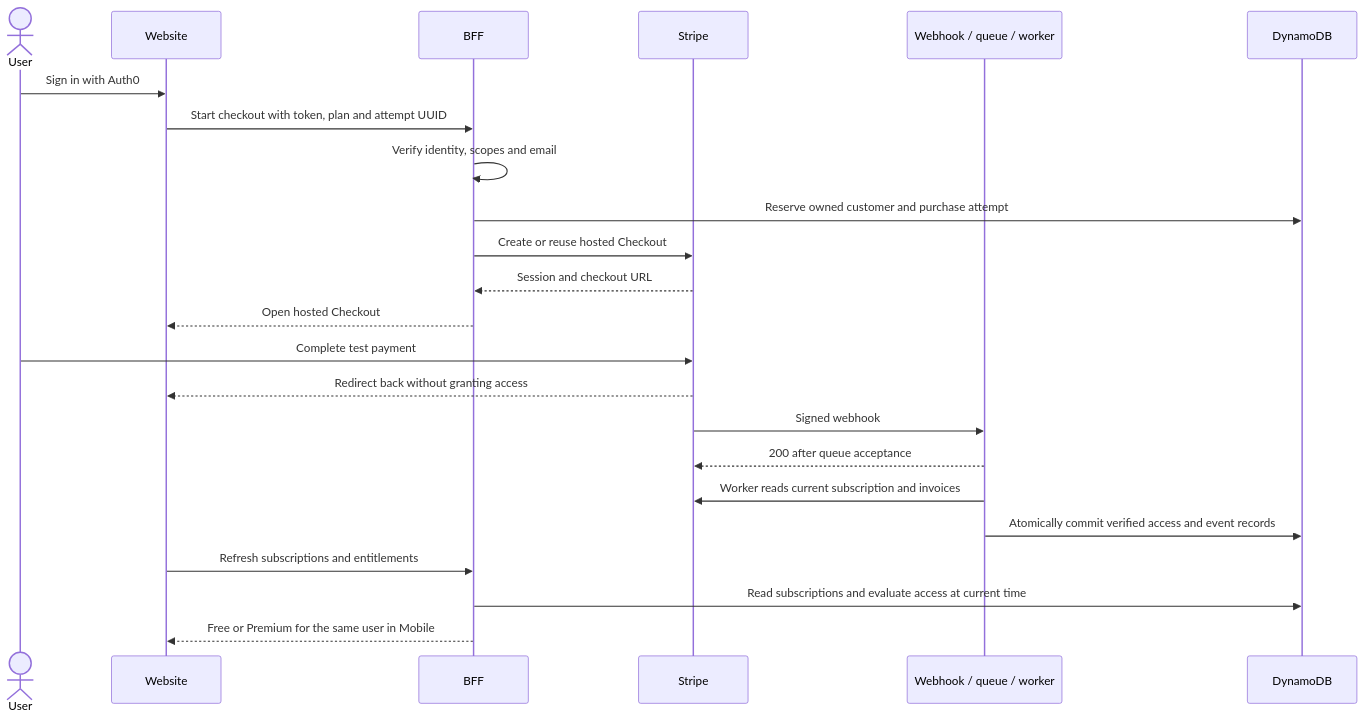
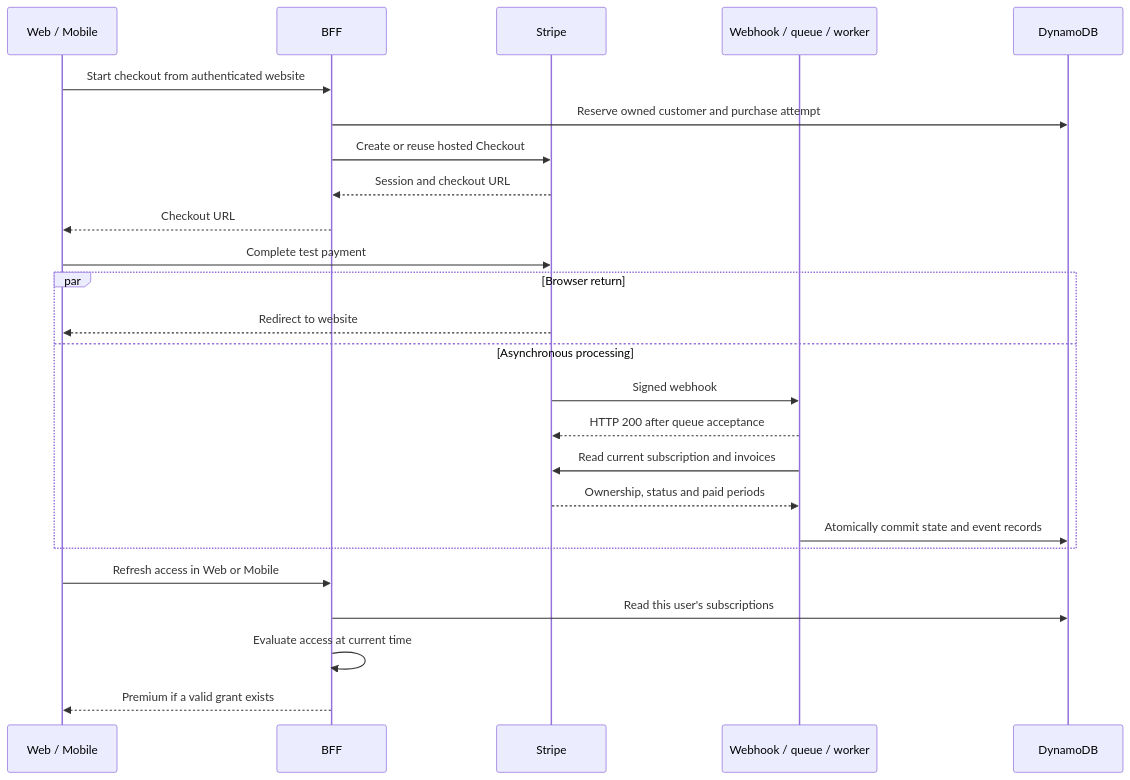
The first of 4 diagrams in docs/PAYMENTS.md (phillippbertram/subscription-consolidation-workshop), drawn with Mermaid before and after one commit. The commit also changed other lines of this file and 35 other files, not shown here.

````diff
--- a/docs/PAYMENTS.md
+++ b/docs/PAYMENTS.md
@@ -9,25 +9,27 @@
 ```mermaid
 sequenceDiagram
-    actor User
-    participant Web as Website
+    participant Client as Web / Mobile
     participant BFF
     participant Stripe
-    participant Billing as Webhook / queue / worker
+    participant Processing as Webhook / queue / worker
     participant DB as DynamoDB
-    User->>Web: Sign in with Auth0
-    Web->>BFF: Start checkout with token, plan and attempt UUID
-    BFF->>BFF: Verify identity, scopes and email
+    Client->>BFF: Start checkout from authenticated website
     BFF->>DB: Reserve owned customer and purchase attempt
     BFF->>Stripe: Create or reuse hosted Checkout
     Stripe-->>BFF: Session and checkout URL
-    BFF-->>Web: Open hosted Checkout
-    User->>Stripe: Complete test payment
-    Stripe-->>Web: Redirect back without granting access
-    Stripe->>Billing: Signed webhook
-    Billing-->>Stripe: 200 after queue acceptance
-    Billing->>Stripe: Worker reads current subscription and invoices
-    Billing->>DB: Atomically commit verified access and event records
-    Web->>BFF: Refresh subscriptions and entitlements
-    BFF->>DB: Read subscriptions and evaluate access at current time
-    BFF-->>Web: Free or Premium for the same user in Mobile
+    BFF-->>Client: Checkout URL
+    Client->>Stripe: Complete test payment
+    par Browser return
+        Stripe-->>Client: Redirect to website
+    and Asynchronous processing
+        Stripe->>Processing: Signed webhook
+        Processing-->>Stripe: HTTP 200 after queue acceptance
+        Processing->>Stripe: Read current subscription and invoices
+        Stripe-->>Processing: Ownership, status and paid periods
+        Processing->>DB: Atomically commit state and event records
+    end
+    Client->>BFF: Refresh access in Web or Mobile
+    BFF->>DB: Read this user's subscriptions
+    BFF->>BFF: Evaluate access at current time
+    BFF-->>Client: Premium if a valid grant exists
 ```
````
